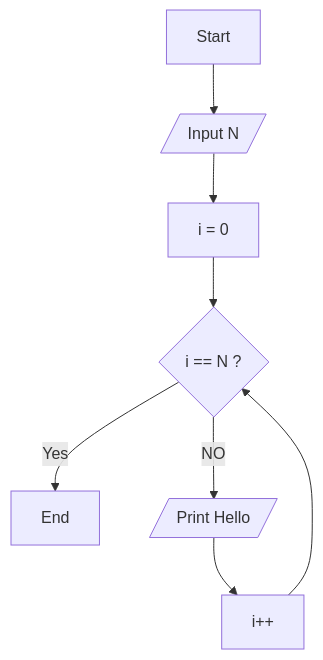
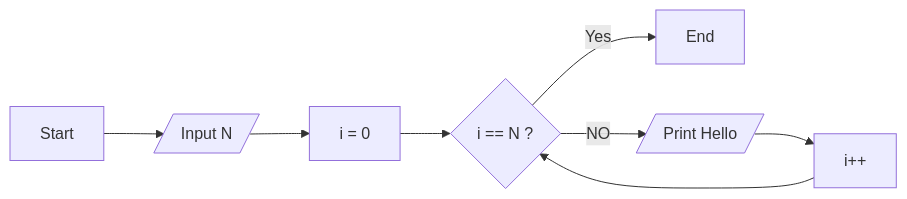
The diagram in Introduction To Programming Language/Week 02 Loop and Online Judges/Module 4 Looping Statements/README.md (mdrahulhasanridoy/Code-With-Ridoy-2.0), drawn with Mermaid before and after one commit.

````diff
--- a/Introduction To Programming Language/Week 02 Loop and Online Judges/Module 4 Looping Statements/README.md
+++ b/Introduction To Programming Language/Week 02 Loop and Online Judges/Module 4 Looping Statements/README.md
@@ -6,9 +6,9 @@
 ```mermaid
-graph TD
+graph LR
 A[Start] --> B[/Input N/]
 B --> id1[ i = 0 ] --> D{i == N ? }
 D --> |Yes|E[End]
 D --> |NO|F[/Print Hello/]
 F --> id2[ i++] --> D
 
 ```
````
